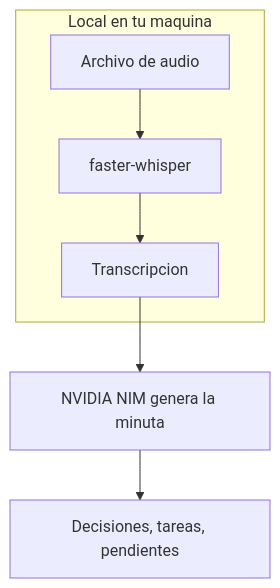
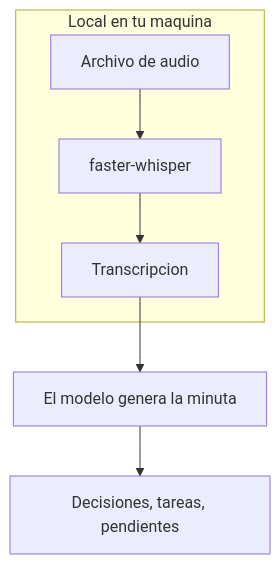
The second of 2 diagrams in README.md (AleBrito124356/recetas-ia), drawn with Mermaid before and after one commit. The commit also changed other lines of this file and 1 other file, not shown here.

````diff
--- a/README.md
+++ b/README.md
@@ -56,9 +104,9 @@
 ```mermaid
 flowchart TD
     subgraph Local en tu maquina
         AUDIO[Archivo de audio] --> WHISPER[faster-whisper]
         WHISPER --> TEXTO[Transcripcion]
     end
-    TEXTO --> NIM[NVIDIA NIM genera la minuta]
+    TEXTO --> NIM[El modelo genera la minuta]
     NIM --> MINUTA[Decisiones, tareas, pendientes]
 ```
````
